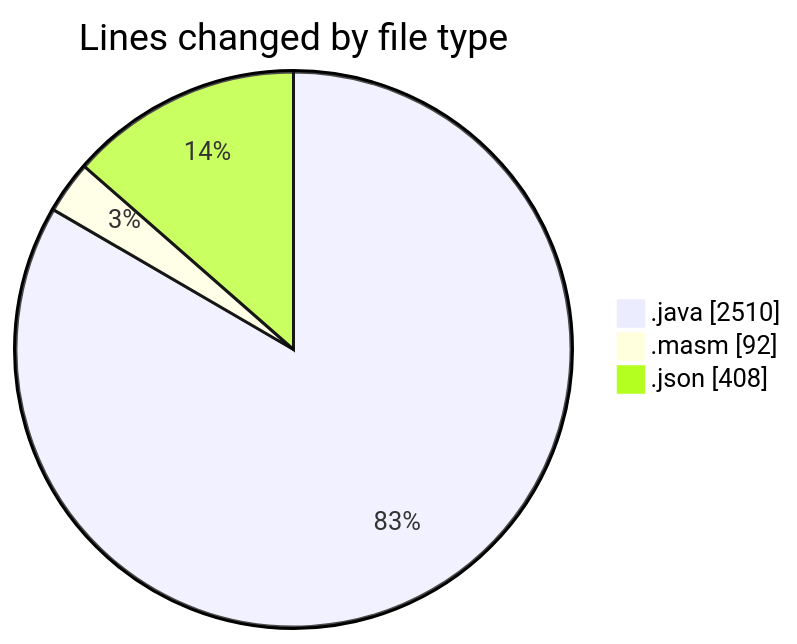
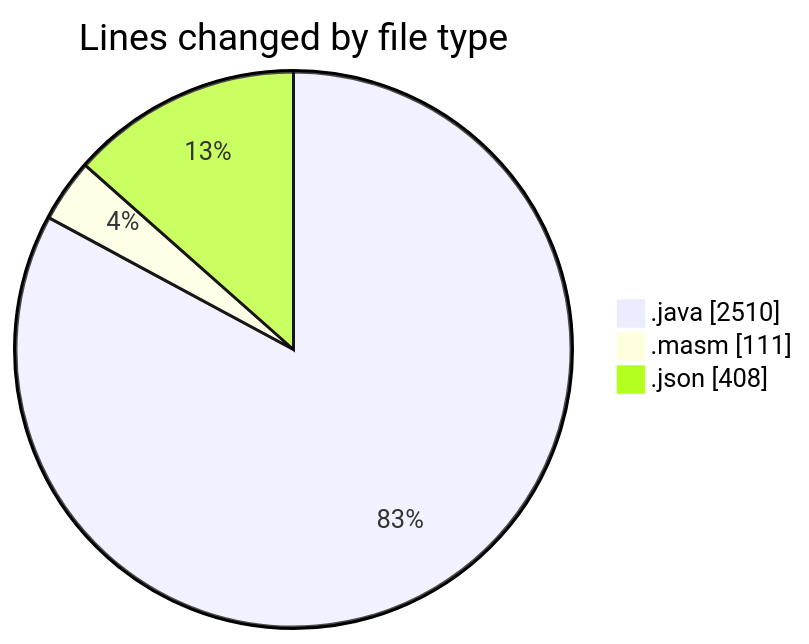
One commit to charlie-sans/code-tracking changed the first of 2 diagrams in 2025-02-19/masm/README.md. Above: the diagram before and after it, drawn with Mermaid. The commit also changed other lines of this file and 1 other file, not shown here.

````diff
--- a/2025-02-19/masm/README.md
+++ b/2025-02-19/masm/README.md
@@ -29,7 +31,7 @@
 ```mermaid
 pie showData
 title Lines changed by file type
 ".java" : 2510
-".masm" : 92
+".masm" : 111
 ".json" : 408
 ```
````
